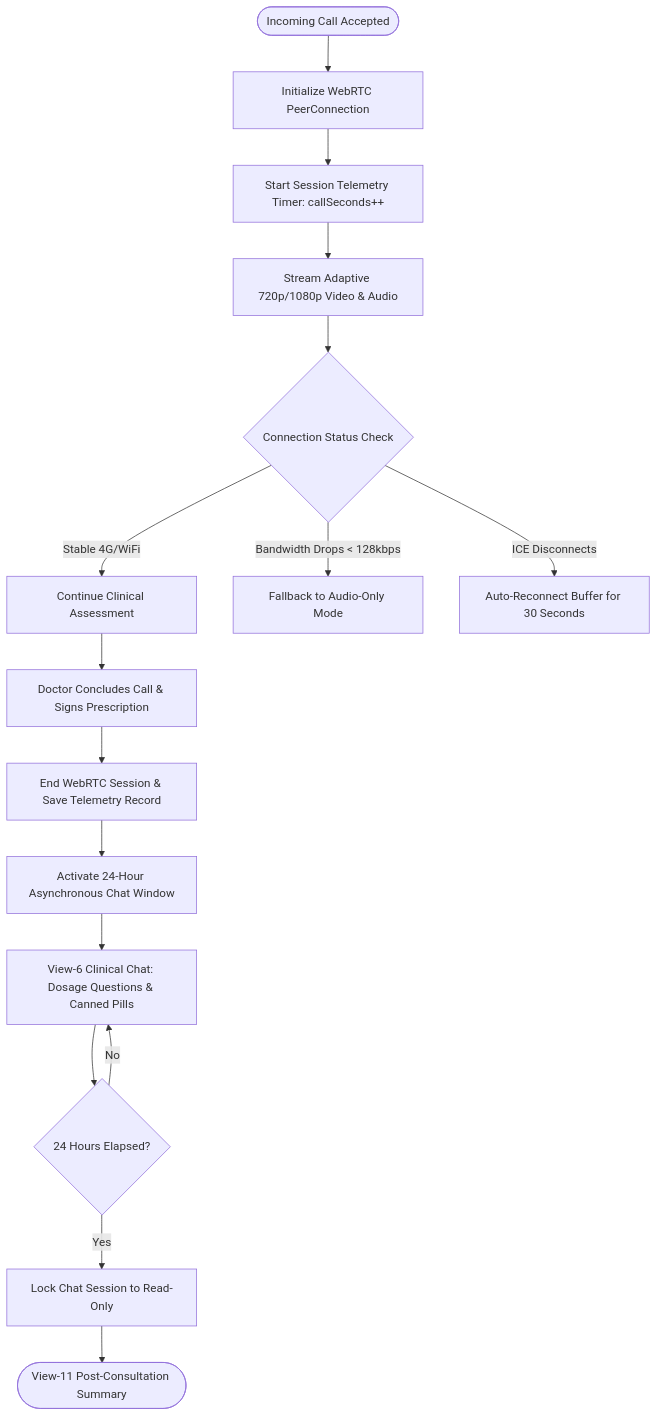
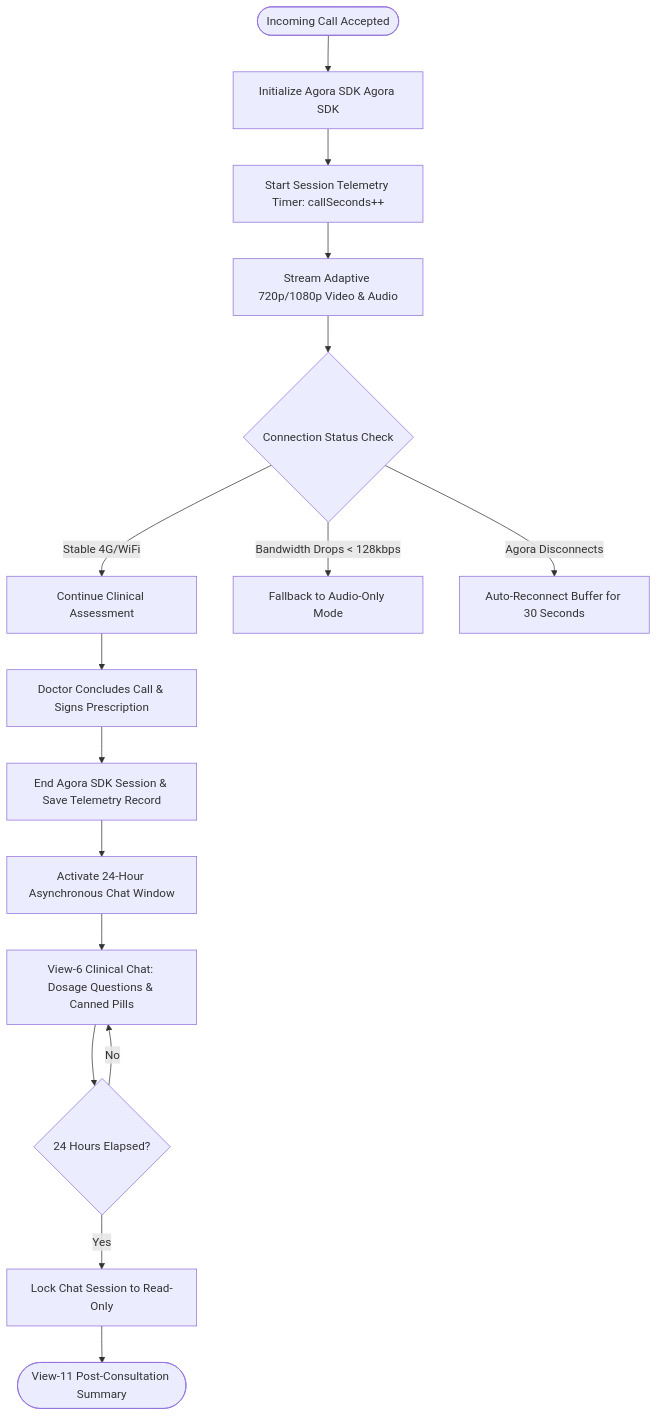
One commit to MeherabHS/hellodoctor changed the fourth of 9 diagrams in docs/USER_FLOWS.md. Above: the diagram before and after it, drawn with Mermaid. The commit also changed other lines of this file and 42 other files, not shown here.

````diff
--- a/docs/USER_FLOWS.md
+++ b/docs/USER_FLOWS.md
@@ -95,18 +95,18 @@
 ```mermaid
 flowchart TD
-    START([Incoming Call Accepted]) --> A[Initialize WebRTC PeerConnection]
+    START([Incoming Call Accepted]) --> A[Initialize Agora SDK Agora SDK]
     A --> B[Start Session Telemetry Timer: callSeconds++]
     B --> C[Stream Adaptive 720p/1080p Video & Audio]
     C --> D{Connection Status Check}
     D -- Stable 4G/WiFi --> E[Continue Clinical Assessment]
     D -- Bandwidth Drops < 128kbps --> F[Fallback to Audio-Only Mode]
-    D -- ICE Disconnects --> G[Auto-Reconnect Buffer for 30 Seconds]
+    D -- Agora Disconnects --> G[Auto-Reconnect Buffer for 30 Seconds]
     E --> H[Doctor Concludes Call & Signs Prescription]
-    H --> I[End WebRTC Session & Save Telemetry Record]
+    H --> I[End Agora SDK Session & Save Telemetry Record]
     I --> J[Activate 24-Hour Asynchronous Chat Window]
     J --> K[View-6 Clinical Chat: Dosage Questions & Canned Pills]
     K --> L{24 Hours Elapsed?}
     L -- Yes --> M[Lock Chat Session to Read-Only]
     L -- No --> K
     M --> RESULT([View-11 Post-Consultation Summary])
 ```
````
